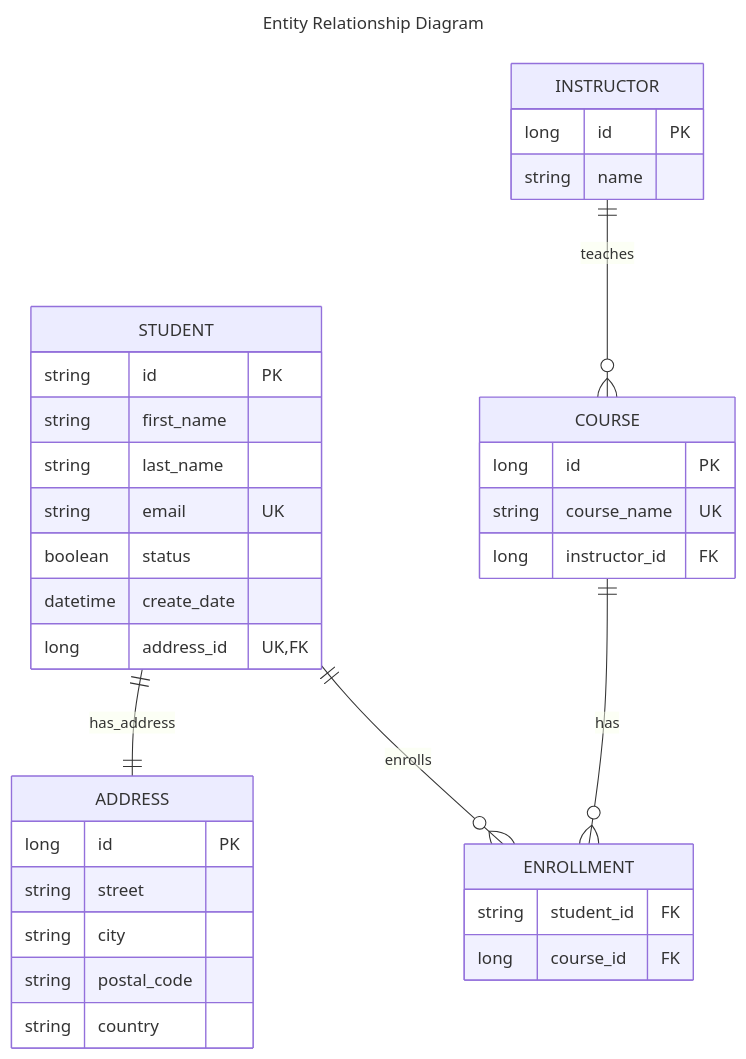
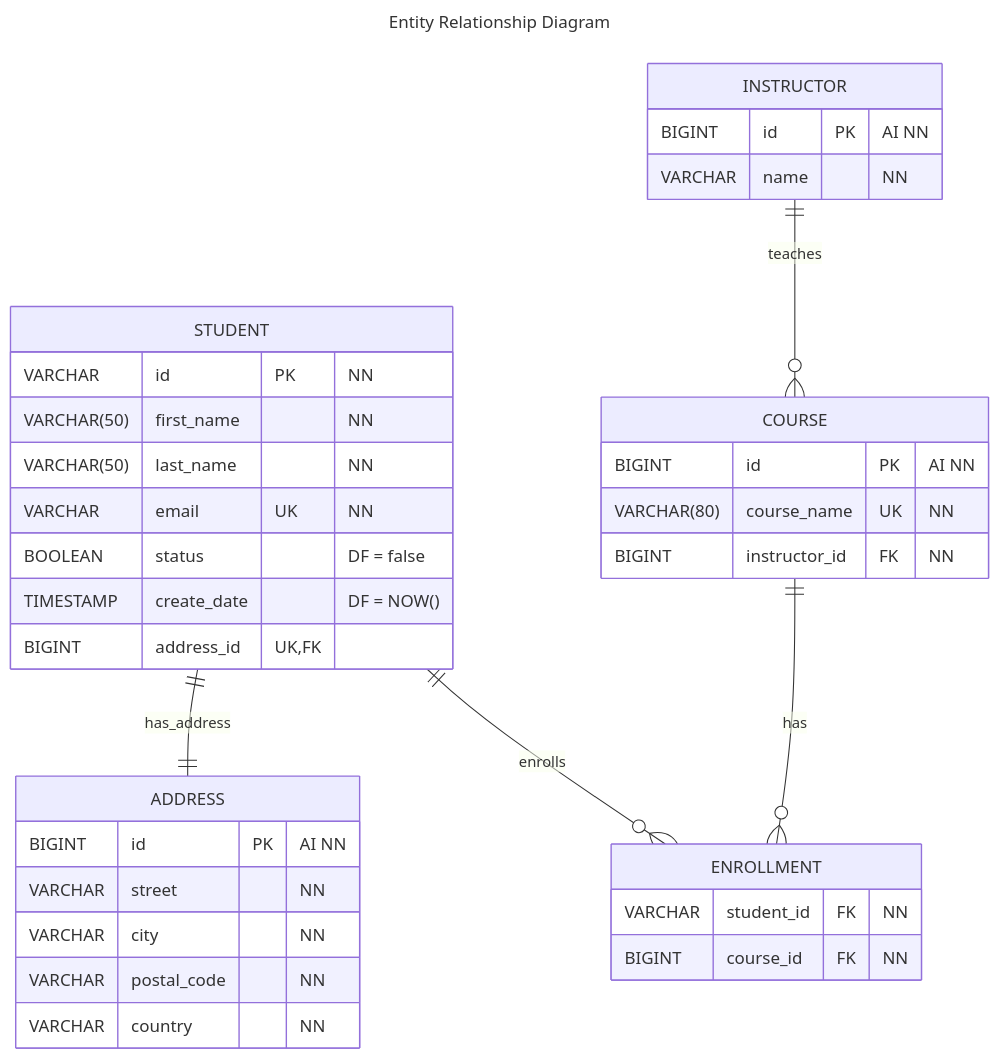
One commit to SimonElbrink/G56-Lecture-Spring-Boot-JPA changed the diagram in Entity Relationship Diagram - Mermaid.md. Above: the diagram before and after it, drawn with Mermaid.

Commit message:
Refine ER diagram: Update types, constraints, and default values for entity attributes.

`````diff
--- a/Entity Relationship Diagram - Mermaid.md
+++ b/Entity Relationship Diagram - Mermaid.md
@@ -1,45 +1,45 @@
 ````mermaid
 ---
 title: Entity Relationship Diagram
 ---
 erDiagram
     STUDENT {
-        string id PK
-        string first_name
-        string last_name
-        string email UK
-        boolean status
-        datetime create_date
-        long address_id UK,FK
+        VARCHAR id PK "NN"
+        VARCHAR(50) first_name "NN"
+        VARCHAR(50) last_name "NN"
+        VARCHAR email UK "NN"
+        BOOLEAN status "DF = false"
+        TIMESTAMP create_date "DF = NOW()"
+        BIGINT address_id UK,FK
     }
 
     ADDRESS {
-        long id PK
-        string street
-        string city
-        string postal_code
-        string country
+        BIGINT id PK "AI NN"
+        VARCHAR street "NN"
+        VARCHAR city "NN"
+        VARCHAR postal_code "NN"
+        VARCHAR country "NN"
     }
 
     INSTRUCTOR {
-        long id PK
-        string name
+        BIGINT id PK "AI NN"
+        VARCHAR name "NN"
     }
 
     COURSE {
-        long id PK
-        string course_name UK
-        long instructor_id FK
+        BIGINT id PK "AI NN"
+        VARCHAR(80) course_name UK "NN"
+        BIGINT instructor_id FK "NN"
     }
 
     ENROLLMENT {
-        string student_id FK
-        long course_id FK
+        VARCHAR student_id FK "NN"
+        BIGINT course_id FK "NN"
     }
 
 %% Relationships
     STUDENT ||--|| ADDRESS: has_address
     INSTRUCTOR ||--o{ COURSE: teaches
     STUDENT ||--o{ ENROLLMENT: enrolls
     COURSE ||--o{ ENROLLMENT: has
 ````
`````
